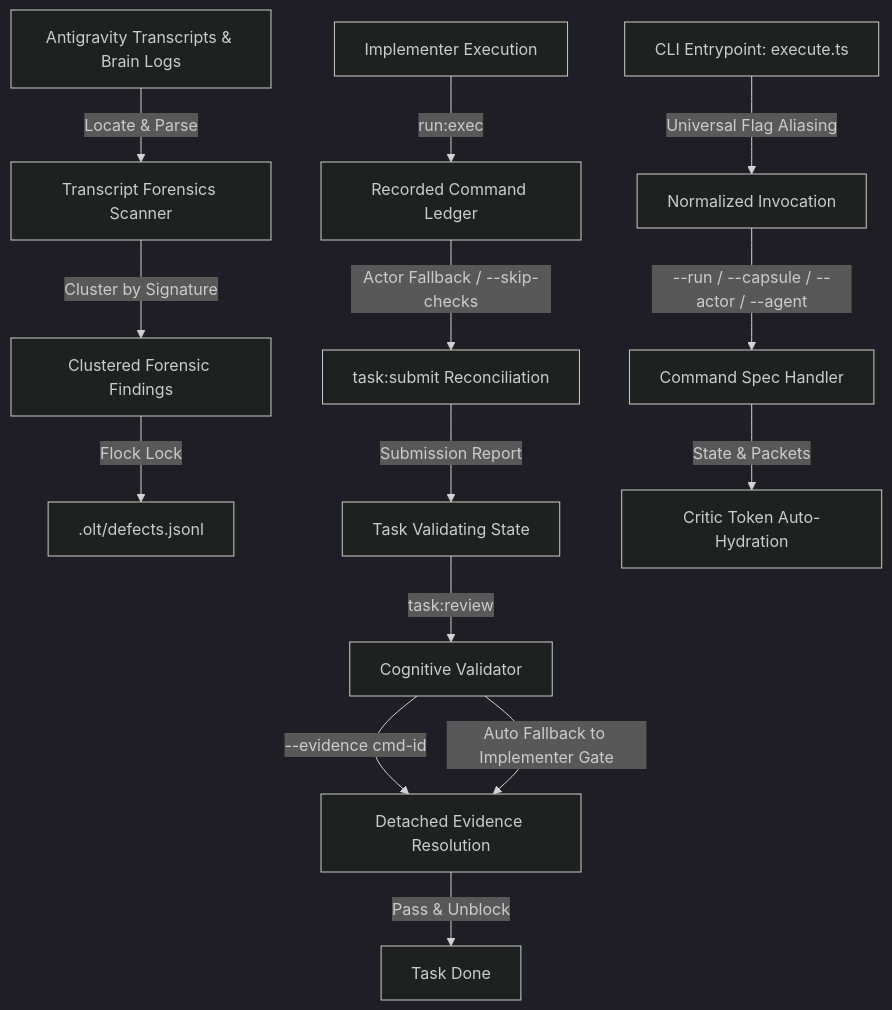
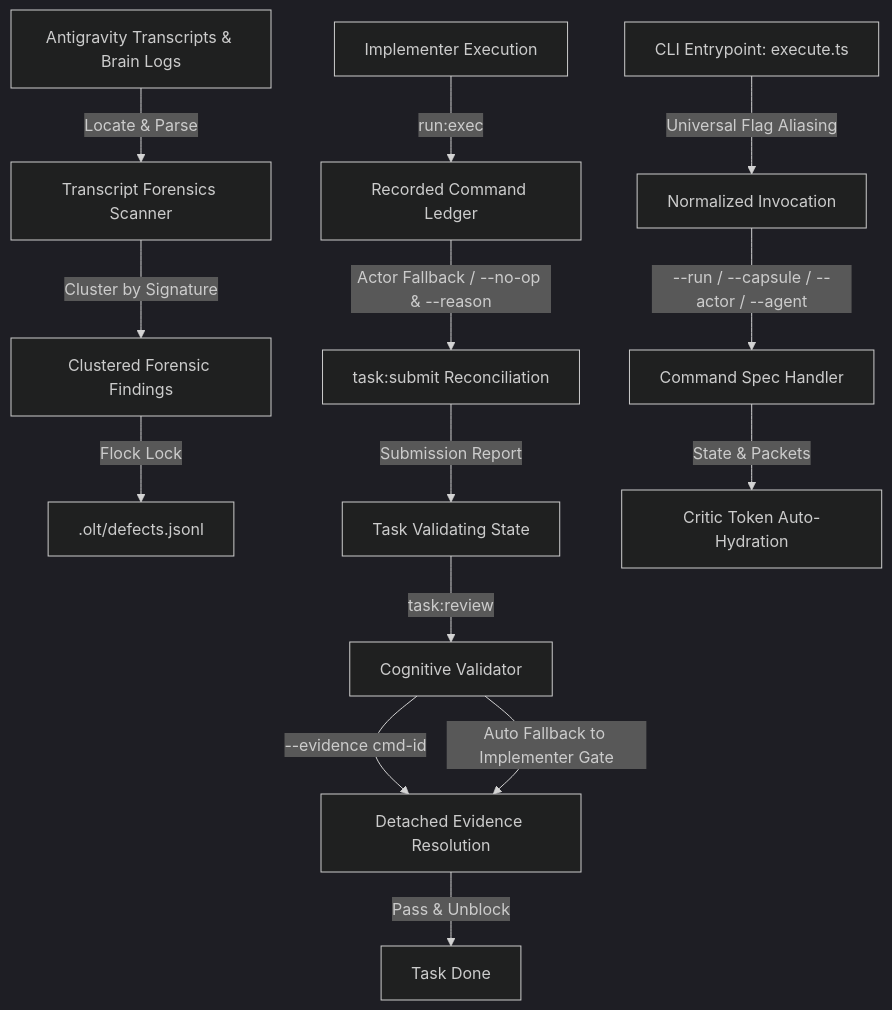
Before and after one commit to onurseckin/skills: the diagram in docs/planning/olt-hardening/architecture.md, drawn with Mermaid (dark theme). The commit also changed other lines of this file and 285 other files, not shown here.

````diff
--- a/docs/planning/olt-hardening/architecture.md
+++ b/docs/planning/olt-hardening/architecture.md
@@ -20,19 +20,19 @@
 ```mermaid
 graph TD
     A[Antigravity Transcripts & Brain Logs] -->|Locate & Parse| B[Transcript Forensics Scanner]
     B -->|Cluster by Signature| C[Clustered Forensic Findings]
     C -->|Flock Lock| D[.olt/defects.jsonl]
 
     E[Implementer Execution] -->|run:exec| F[Recorded Command Ledger]
-    F -->|Actor Fallback / --skip-checks| G[task:submit Reconciliation]
+    F -->|Actor Fallback / --no-op & --reason| G[task:submit Reconciliation]
     G -->|Submission Report| H[Task Validating State]
 
     H -->|task:review| I[Cognitive Validator]
     I -->|--evidence cmd-id| J[Detached Evidence Resolution]
     I -->|Auto Fallback to Implementer Gate| J
     J -->|Pass & Unblock| K[Task Done]
 
     L[CLI Entrypoint: execute.ts] -->|Universal Flag Aliasing| M[Normalized Invocation]
     M -->|--run / --capsule / --actor / --agent| N[Command Spec Handler]
     N -->|State & Packets| O[Critic Token Auto-Hydration]
 ```
````
